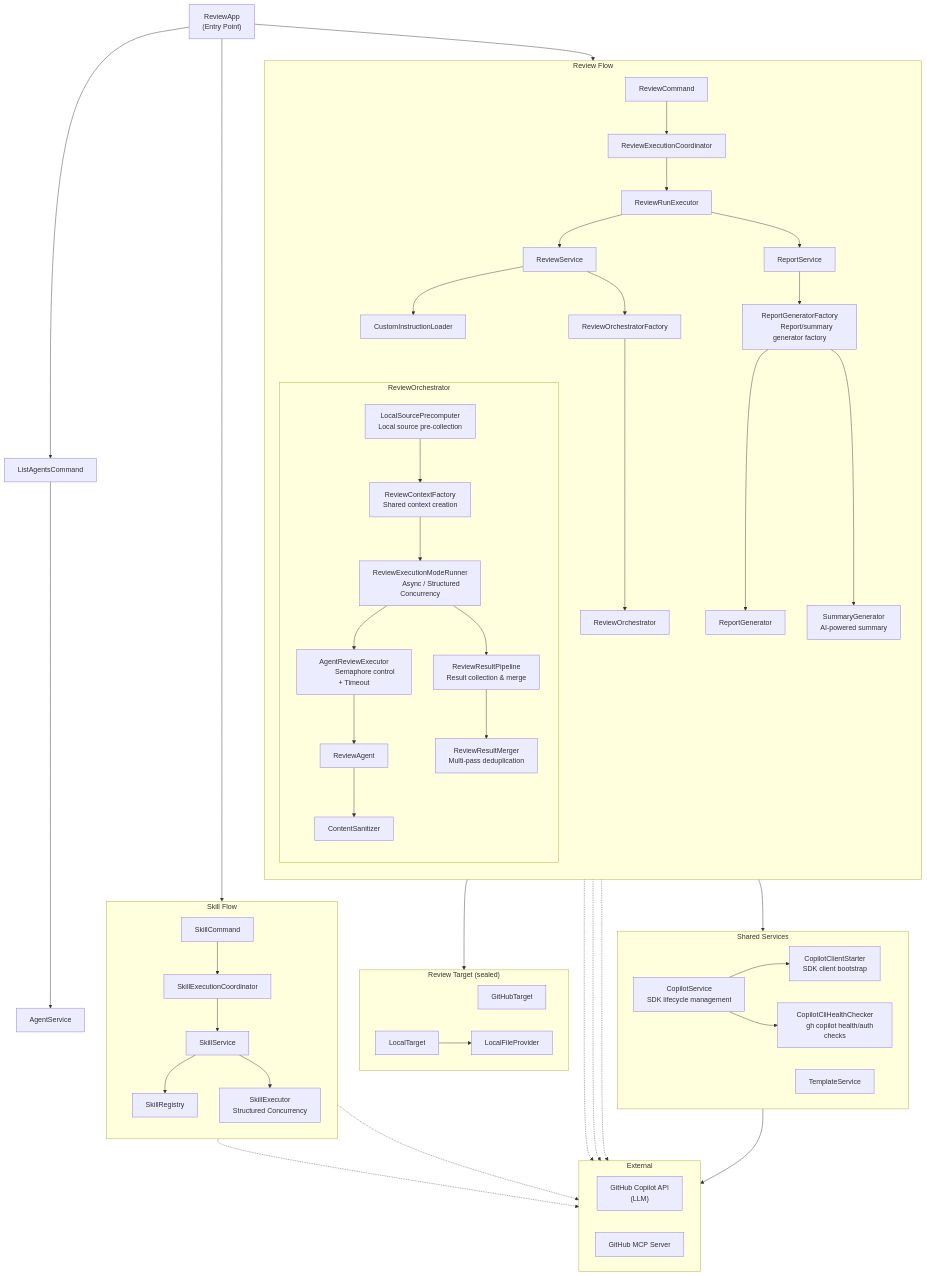
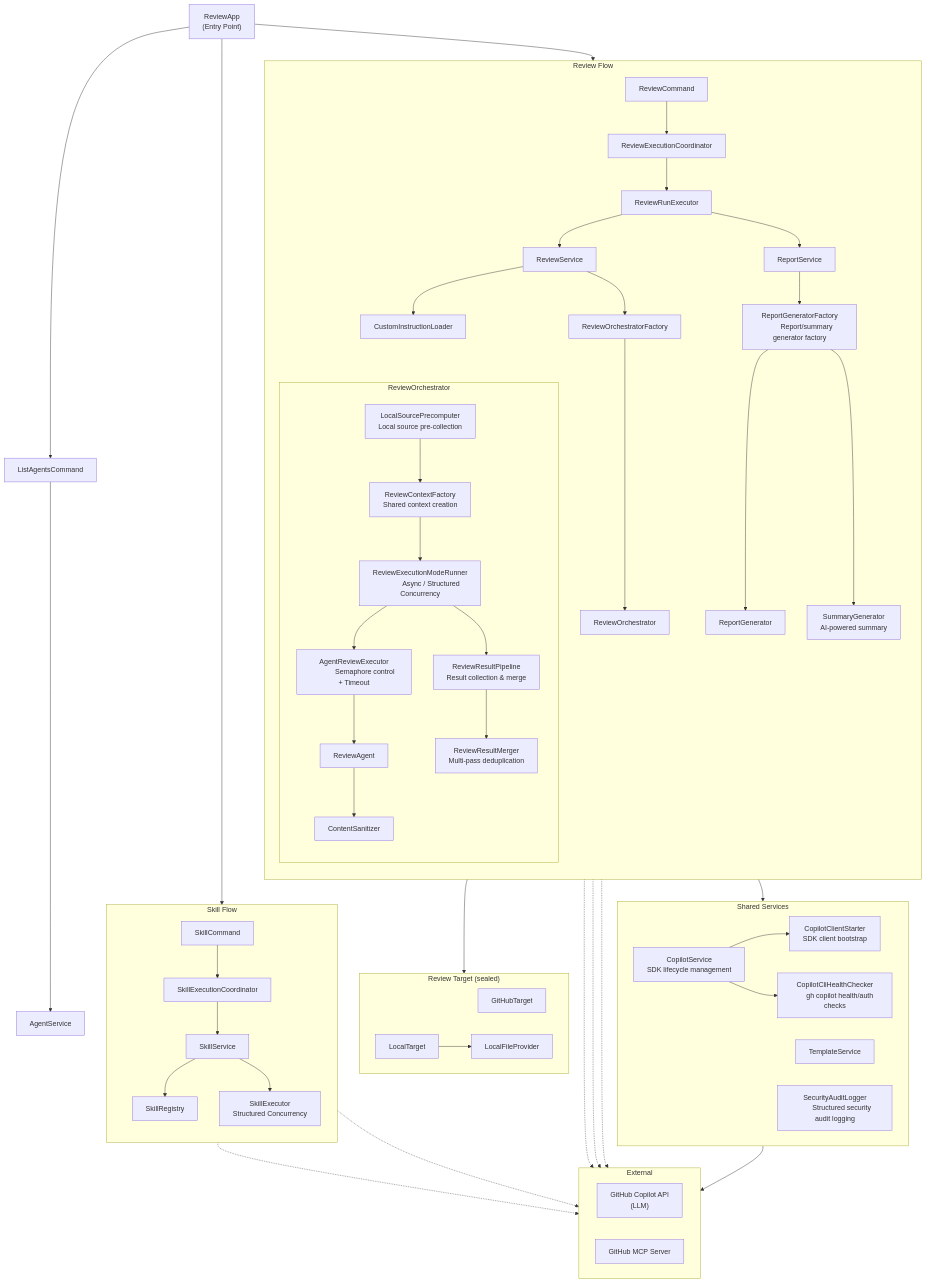
The diagram in README_en.md (anishi1222/multi-agent-code-reviewer-java), drawn with Mermaid before and after one commit. The commit also changed other lines of this file and 1 other file, not shown here.

First line of the commit message:
docs: sync project structure and architecture diagram to v12 (#96)

```diff
--- a/README_en.md
+++ b/README_en.md
@@ -819,6 +819,8 @@
       CopilotCliHealthChecker["CopilotCliHealthChecker
       gh copilot health/auth checks"]
         TemplateService
+        SecurityAuditLogger["SecurityAuditLogger
+        Structured security audit logging"]
     end
 
     ReviewExecutionCoordinator --> CopilotService
```
